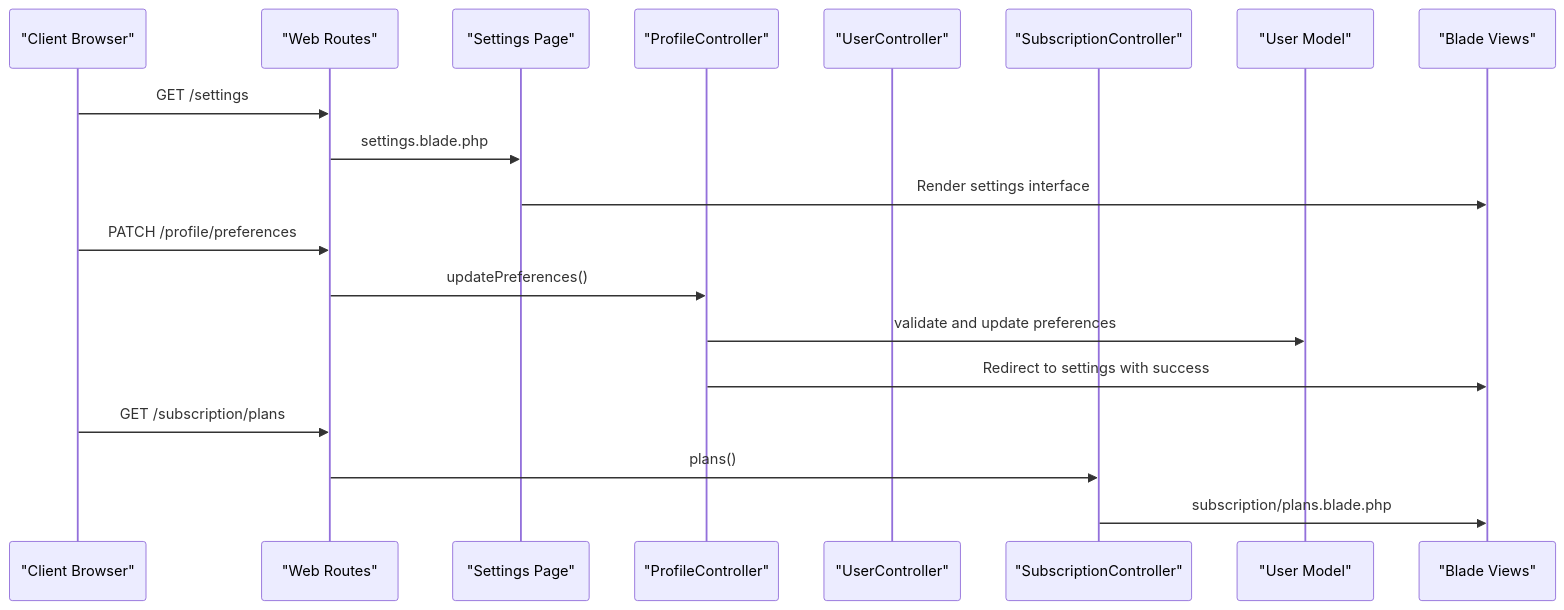
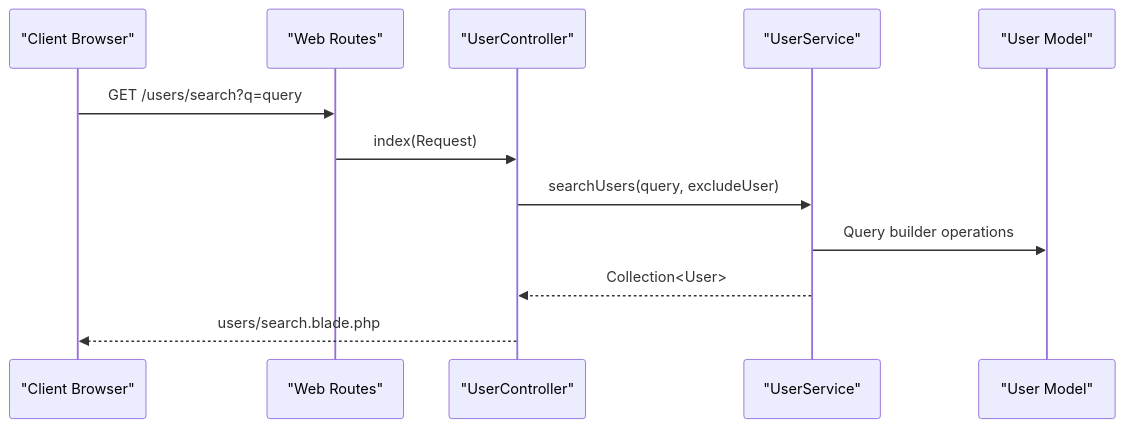
Before and after one commit to VenokM05/Travel_Project: the second of 6 diagrams in .qoder/repowiki/en/content/User Management.md, drawn with Mermaid. The commit also changed other lines of this file and 12 other files, not shown here.

````diff
--- a/.qoder/repowiki/en/content/User Management.md
+++ b/.qoder/repowiki/en/content/User Management.md
@@ -136,21 +110,14 @@
 ```mermaid
 sequenceDiagram
 participant Client as "Client Browser"
 participant Routes as "Web Routes"
-participant Settings as "Settings Page"
-participant PC as "ProfileController"
 participant UC as "UserController"
-participant SC as "SubscriptionController"
+participant US as "UserService"
 participant User as "User Model"
-participant View as "Blade Views"
-Client->>Routes : GET /settings
-Routes->>Settings : settings.blade.php
-Settings->>View : Render settings interface
-Client->>Routes : PATCH /profile/preferences
-Routes->>PC : updatePreferences()
-PC->>User : validate and update preferences
-PC->>View : Redirect to settings with success
-Client->>Routes : GET /subscription/plans
-Routes->>SC : plans()
-SC->>View : subscription/plans.blade.php
+Client->>Routes : GET /users/search?q=query
+Routes->>UC : index(Request)
+UC->>US : searchUsers(query, excludeUser)
+US->>User : Query builder operations
+US-->>UC : Collection<User>
+UC-->>Client : users/search.blade.php
 ```
````
